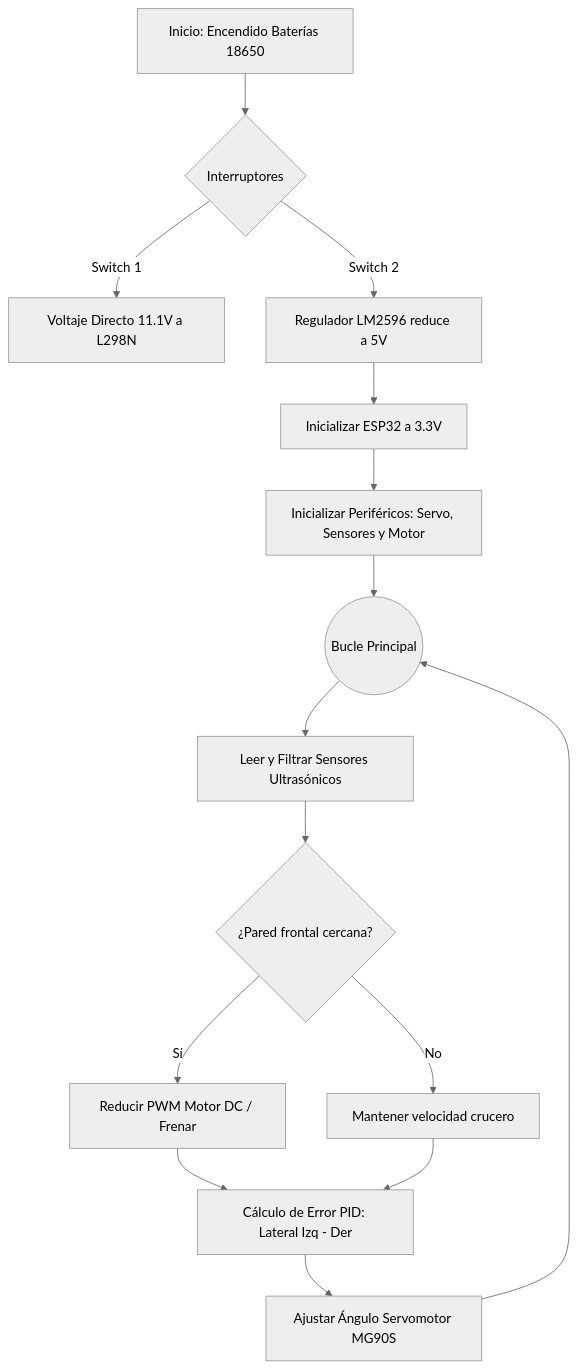
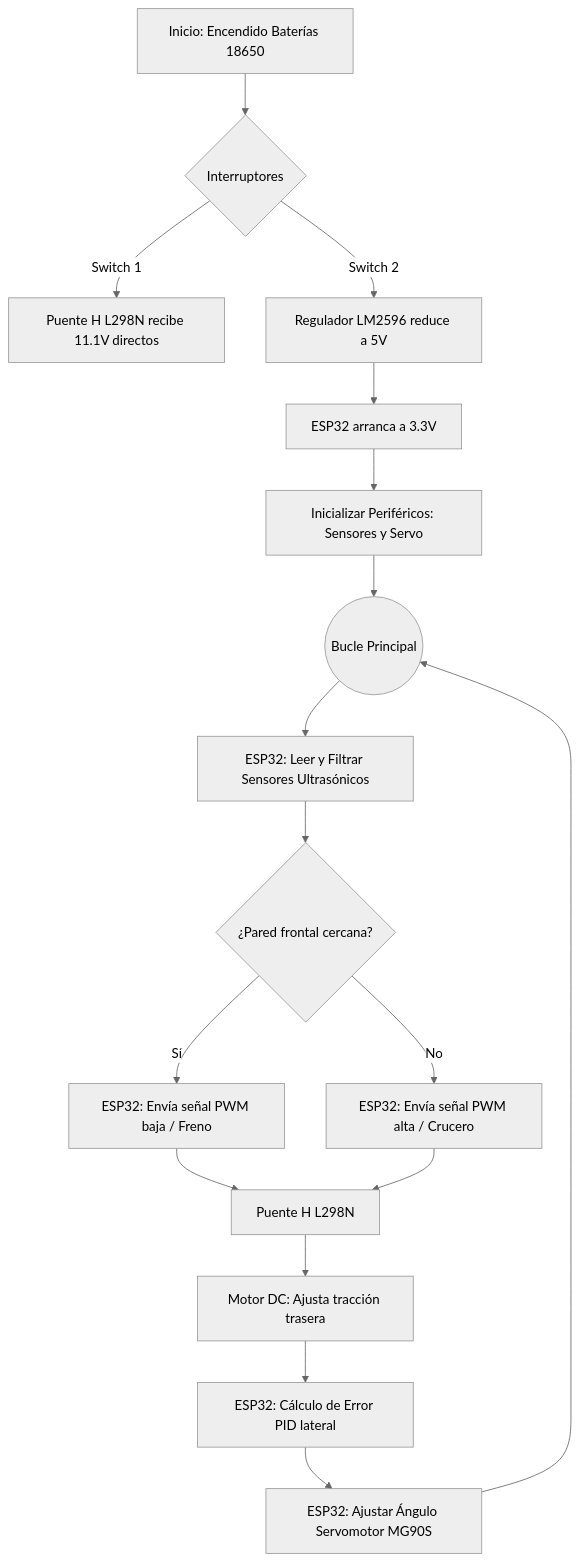
The diagram in esquema de armado/Armado electrico con Diagrama de flujo.md (loboblancoelbellos/WRO-Competencia-Cayapa), drawn with Mermaid (neutral theme) before and after one commit. The commit also changed other lines of this file, not shown here.

Commit message:
Update Armado electrico con Diagrama de flujo.md

````diff
--- a/esquema de armado/Armado electrico con Diagrama de flujo.md
+++ b/esquema de armado/Armado electrico con Diagrama de flujo.md
@@ -32,20 +30,28 @@
 ```mermaid
 graph TD
     A[Inicio: Encendido Baterías 18650] --> B{Interruptores}
-    B -->|Switch 1| C[Voltaje Directo 11.1V a L298N]
+    
+    B -->|Switch 1| C[Puente H L298N recibe 11.1V directos]
     B -->|Switch 2| D[Regulador LM2596 reduce a 5V]
-    D --> E[Inicializar ESP32 a 3.3V]
-    E --> F[Inicializar Periféricos: Servo, Sensores y Motor]
+    
+    D --> E[ESP32 arranca a 3.3V]
+    E --> F[Inicializar Periféricos: Sensores y Servo]
+    
     F --> G((Bucle Principal))
     
-    G --> H[Leer y Filtrar Sensores Ultrasónicos]
+    G --> H[ESP32: Leer y Filtrar Sensores Ultrasónicos]
     H --> I{¿Pared frontal cercana?}
-    I -->|Sí| J[Reducir PWM Motor DC / Frenar]
-    I -->|No| K[Mantener velocidad crucero]
     
-    J --> L[Cálculo de Error PID: Lateral Izq - Der]
+    I -->|Sí| J[ESP32: Envía señal PWM baja / Freno]
+    I -->|No| K[ESP32: Envía señal PWM alta / Crucero]
+    
+    J --> L[Puente H L298N]
     K --> L
     
-    L --> M[Ajustar Ángulo Servomotor MG90S]
-    M --> G
+    L --> M[Motor DC: Ajusta tracción trasera]
+    
+    M --> N[ESP32: Cálculo de Error PID lateral]
+    N --> O[ESP32: Ajustar Ángulo Servomotor MG90S]
+    
+    O --> G
 ```
````
